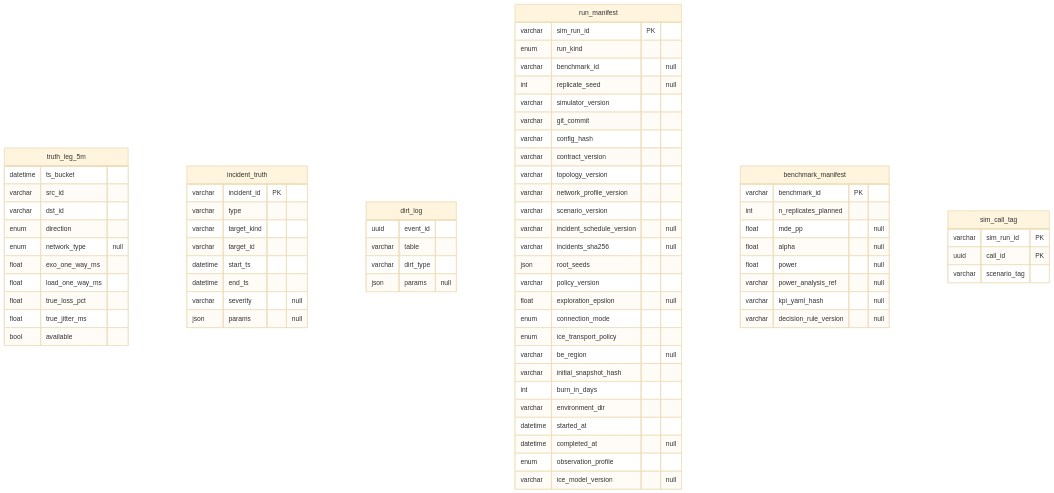
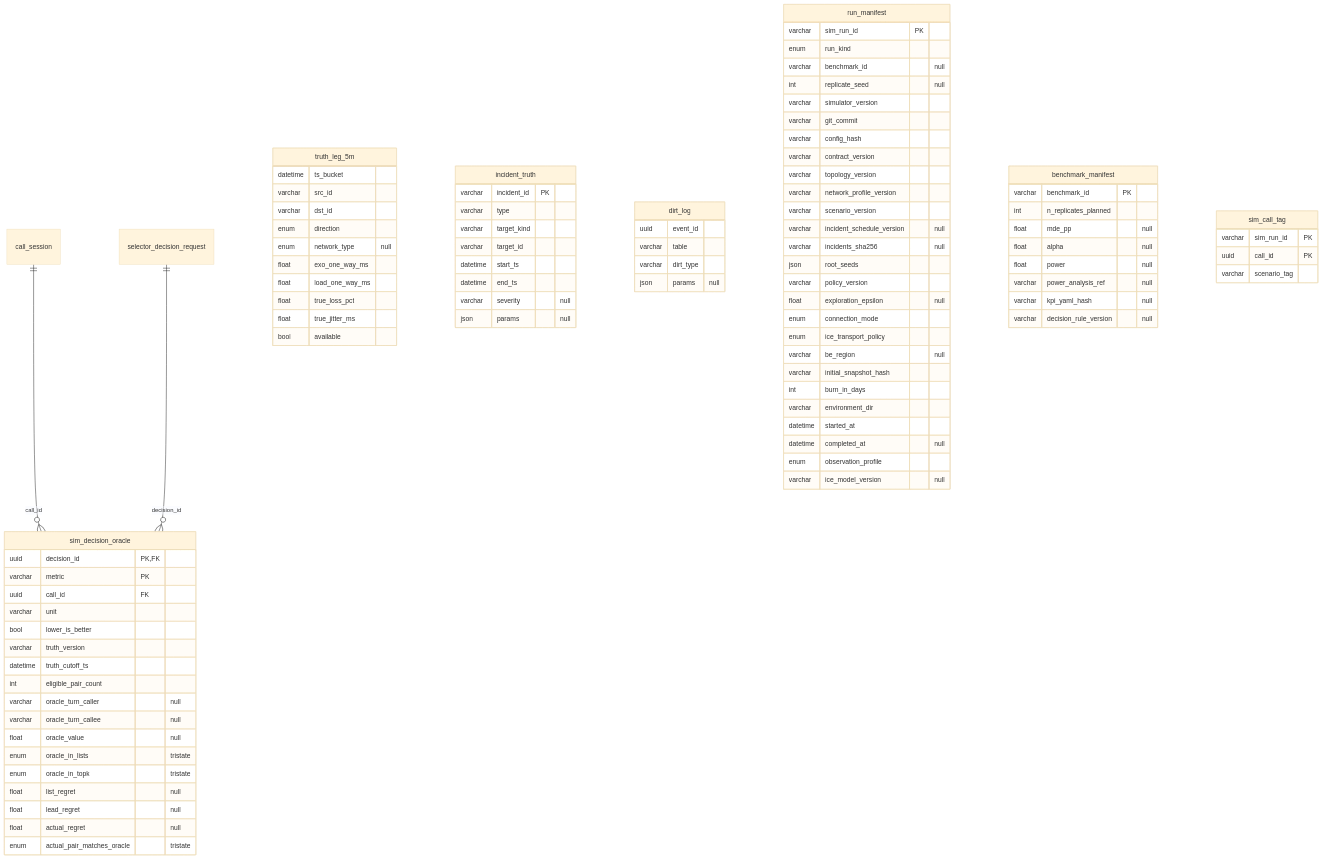
Before and after one commit to QuocHiep123/Pharse3: the tenth of 11 diagrams in docs/w2-data-contract/So_do_database_Data_Contract_v0.5.0.md, drawn with Mermaid (base theme). The commit also changed other lines of this file and 3 other files, not shown here.

First line of the commit message:
docs: rà soát toàn bộ tài liệu, sửa số liệu cũ và bổ sung ERD

````diff
--- a/docs/w2-data-contract/So_do_database_Data_Contract_v0.5.0.md
+++ b/docs/w2-data-contract/So_do_database_Data_Contract_v0.5.0.md
@@ -946,6 +970,26 @@
 ```mermaid
 erDiagram
-
+    call_session ||--o{ sim_decision_oracle : "call_id"
+    selector_decision_request ||--o{ sim_decision_oracle : "decision_id"
+    sim_decision_oracle {
+        uuid decision_id PK,FK
+        varchar metric PK
+        uuid call_id FK
+        varchar unit
+        bool lower_is_better
+        varchar truth_version
+        datetime truth_cutoff_ts
+        int eligible_pair_count
+        varchar oracle_turn_caller "null"
+        varchar oracle_turn_callee "null"
+        float oracle_value "null"
+        enum oracle_in_lists "tristate"
+        enum oracle_in_topk "tristate"
+        float list_regret "null"
+        float lead_regret "null"
+        float actual_regret "null"
+        enum actual_pair_matches_oracle "tristate"
+    }
     truth_leg_5m {
         datetime ts_bucket
         varchar src_id
````
